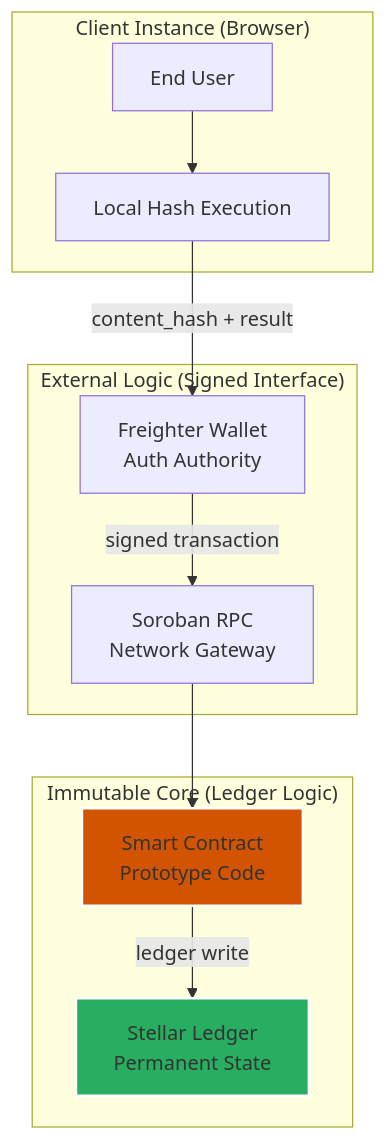
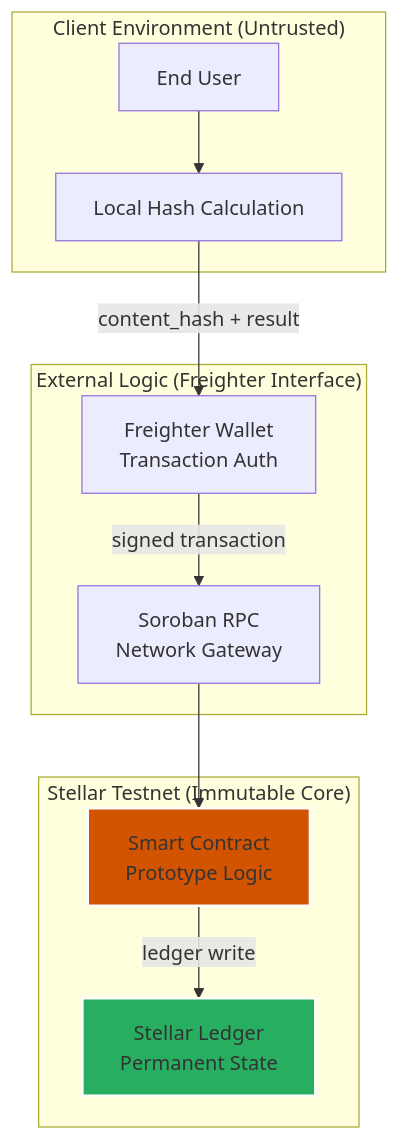
Before and after one commit to tunisch/AuthentiScan: the diagram in SECURITY.md, drawn with Mermaid. The commit also changed other lines of this file and 11 other files, not shown here.

````diff
--- a/SECURITY.md
+++ b/SECURITY.md
@@ -7,26 +9,26 @@
 ```mermaid
 graph TD
-    subgraph "Client Instance (Browser)"
+    subgraph "Client Environment (Untrusted)"
         U[End User]
-        B[Local Hash Execution]
+        B[Local Hash Calculation]
     end
 
-    subgraph "External Logic (Signed Interface)"
-        W[Freighter Wallet<br/>Auth Authority]
+    subgraph "External Logic (Freighter Interface)"
+        W[Freighter Wallet<br/>Transaction Auth]
         RPC[Soroban RPC<br/>Network Gateway]
     end
 
-    subgraph "Immutable Core (Ledger Logic)"
-        SC[Smart Contract<br/>Prototype Code]
+    subgraph "Stellar Testnet (Immutable Core)"
+        SC[Smart Contract<br/>Prototype Logic]
         L[Stellar Ledger<br/>Permanent State]
     end
 
     U --> B
     B -->|content_hash + result| W
     W -->|signed transaction| RPC
     RPC --> SC
     SC -->|ledger write| L
 
     style SC fill:#d35400,stroke:#fff,stroke-width:2px
     style L fill:#27ae60,stroke:#fff,stroke-width:2px
 ```
````
